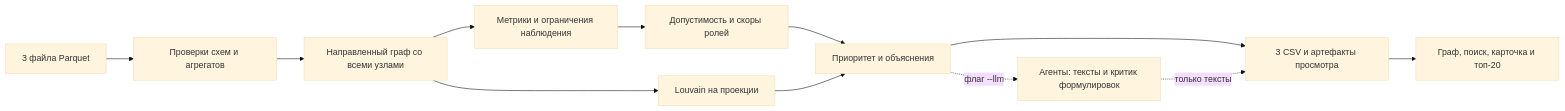
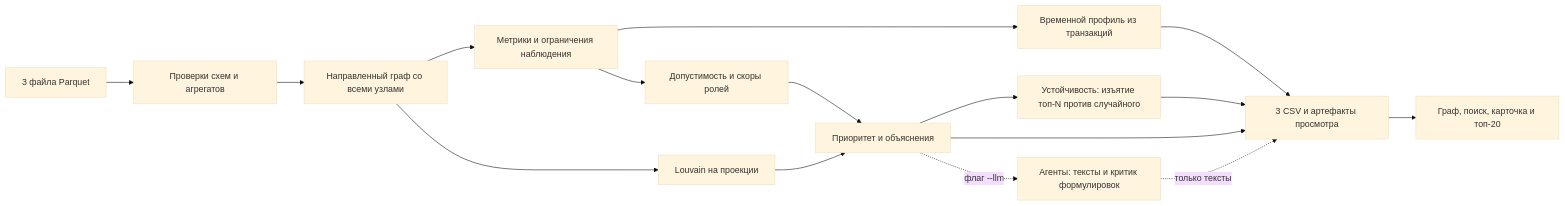
One commit to BAITC-Hacks/hack-3c305a41-z changed the diagram in README.md. Above: the diagram before and after it, drawn with Mermaid (base theme). The commit also changed other lines of this file and 14 other files, not shown here.

````diff
--- a/README.md
+++ b/README.md
@@ -285,14 +334,18 @@
 ```mermaid
 flowchart LR
   A[3 файла Parquet] --> B[Проверки схем и агрегатов]
   B --> C[Направленный граф со всеми узлами]
   C --> D[Метрики и ограничения наблюдения]
   D --> E[Допустимость и скоры ролей]
   C --> F[Louvain на проекции]
   E --> G[Приоритет и объяснения]
   F --> G
+  D --> T[Временной профиль из транзакций]
+  T --> H
+  G --> R[Устойчивость: изъятие топ-N против случайного]
+  R --> H
   G --> H[3 CSV и артефакты просмотра]
   H --> I[Граф, поиск, карточка и топ-20]
   G -. флаг --llm .-> J[Агенты: тексты и критик формулировок]
   J -. только тексты .-> H
 ```
````
